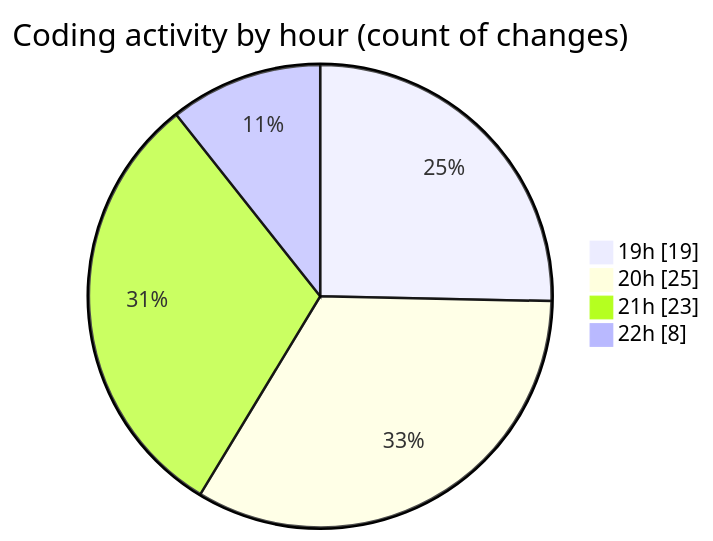
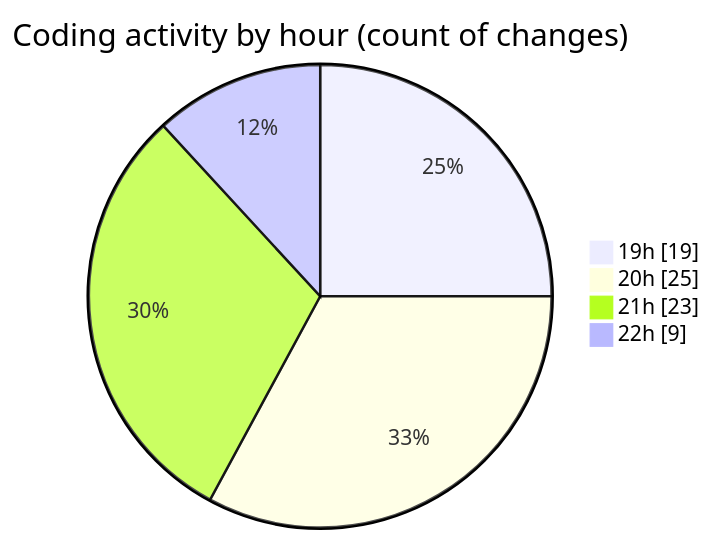
Before and after one commit to momahboobian/code-tracking: the second of 2 diagrams in 2025-05-12/news-clock-system-caspercg/README.md, drawn with Mermaid. The commit also changed other lines of this file and 1 other file, not shown here.

````diff
--- a/2025-05-12/news-clock-system-caspercg/README.md
+++ b/2025-05-12/news-clock-system-caspercg/README.md
@@ -44,8 +44,8 @@
 ```mermaid
 pie showData
 title Coding activity by hour (count of changes)
 "19h" : 19
 "20h" : 25
 "21h" : 23
-"22h" : 8
+"22h" : 9
 ```
````
